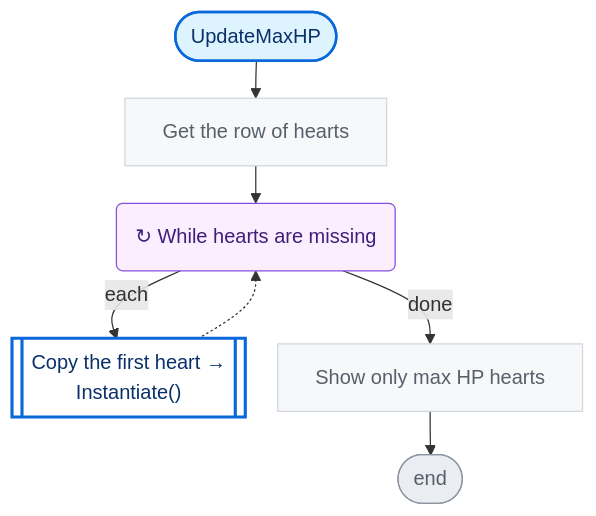
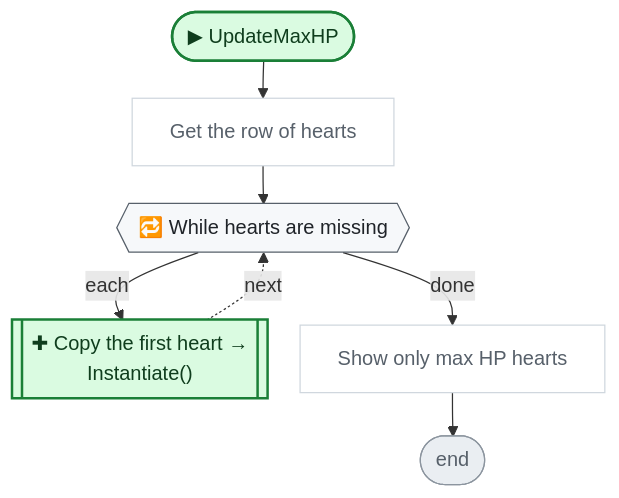
Before and after one commit to nataiai/Lord-of-the-Dungeon: the fifth of 6 diagrams in CodeGraph~/graph/UI.cs.md, drawn with Mermaid. The commit also changed other lines of this file and 44 other files, not shown here.

````diff
--- a/CodeGraph~/graph/UI.cs.md
+++ b/CodeGraph~/graph/UI.cs.md
@@ -219,37 +231,41 @@
 ```mermaid
 ---
 config:
   flowchart:
     wrappingWidth: 260
     nodeSpacing: 26
     rankSpacing: 30
 ---
 flowchart TD
-  nS(["UpdateMaxHP"])
+  nS(["▶ UpdateMaxHP"])
   ne88ca2["Get the row of hearts"]
-  n1f9ef8("  ↻ While hearts are missing  ")
-  n593eab[["Copy the first heart →<br>Instantiate()"]]
+  n1f9ef8{{"🔁 While hearts are missing"}}
+  n593eab[["✚ Copy the first heart →<br>Instantiate()"]]
   n8376d8["Show only max HP hearts"]
   nE(["end"])
   nS --> ne88ca2
   ne88ca2 --> n1f9ef8
   n1f9ef8 -->|each| n593eab
-  n593eab -.-> n1f9ef8
+  n593eab -.->|next| n1f9ef8
   n1f9ef8 -->|done| n8376d8
   n8376d8 --> nE
-  classDef unity fill:#fff1c2,stroke:#9a6700,stroke-width:2px,color:#3b2300
-  classDef start fill:#ddf4ff,stroke:#0969da,stroke-width:2px,color:#0a3069
-  classDef calc fill:#f6f8fa,stroke:#d0d7de,color:#57606a
-  classDef calls fill:#ffffff,stroke:#0969da,stroke-width:2.5px,color:#0a3069
-  classDef cond fill:#ffffff,stroke:#6e7781,stroke-width:1.5px,color:#1f2328
-  classDef loop fill:#fbefff,stroke:#8250df,color:#3e1f79
-  classDef exit fill:#eaeef2,stroke:#57606a,color:#24292f
-  classDef wait fill:#fff8f0,stroke:#bc4c00,color:#4d1d00
+  classDef unity fill:#dafbe1,stroke:#1a7f37,stroke-width:2px,color:#0f3d1d
+  classDef start fill:#dafbe1,stroke:#1a7f37,stroke-width:2px,color:#0f3d1d
+  classDef calc fill:#ffffff,stroke:#d0d7de,color:#57606a
+  classDef calls fill:#ddf4ff,stroke:#0969da,stroke-width:2px,color:#0a3069
+  classDef ext fill:#ddf4ff,stroke:#0969da,stroke-width:2px,stroke-dasharray:5 3,color:#0a3069
+  classDef cond fill:#fff8c5,stroke:#bf8700,stroke-width:1.5px,color:#3d2a00
+  classDef loop fill:#f6f8fa,stroke:#57606a,color:#1f2328
+  classDef exit fill:#ffebe9,stroke:#cf222e,color:#82071e
+  classDef kill fill:#ffebe9,stroke:#cf222e,stroke-width:2px,color:#82071e
+  classDef spawn fill:#dafbe1,stroke:#1a7f37,stroke-width:2px,color:#0f3d1d
+  classDef wait fill:#fff1e5,stroke:#bc4c00,color:#4d1d00
   classDef fin fill:#eaeef2,stroke:#8c959f,color:#57606a
   classDef join fill:#d0d7de,stroke:#8c959f,color:#57606a
+  classDef ghdr fill:#f5f9ff,stroke:#f5f9ff,color:#0a3069,font-weight:bold
   class ne88ca2,n8376d8 calc
-  class n593eab calls
   class nE fin
   class n1f9ef8 loop
+  class n593eab spawn
   class nS start
 ```
````
